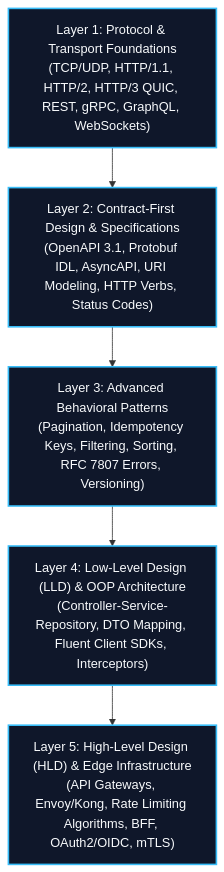
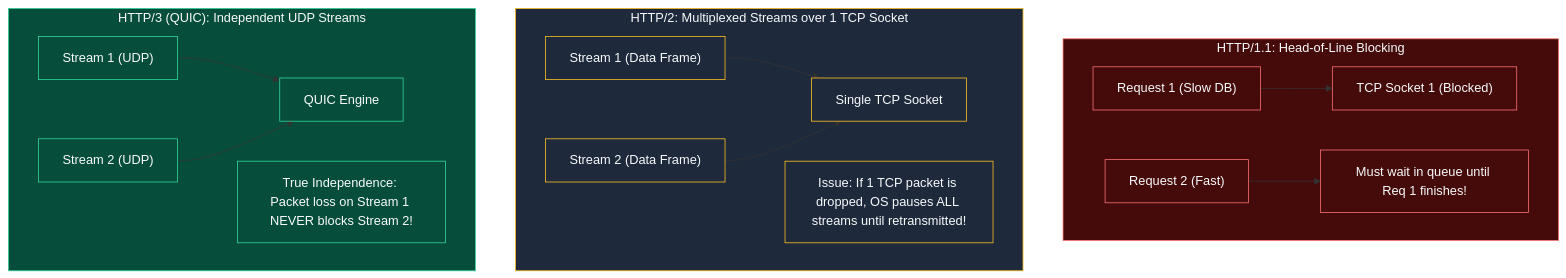
Diagram 14 of 29 in topics/0.FUNDAMENTALS/API Architecture and Design/output/Note_version-1_API_Architecture_and_Design/API_Architecture_and_Design.md (AkmKawser/System-Design), drawn with Mermaid before and after one commit. The commit also changed other lines of this file and 1 other file, not shown here.

Commit message:
docs(api): reorganize API architecture master guide and update chat governance log

````diff
--- a/topics/0.FUNDAMENTALS/API Architecture and Design/output/Note_version-1_API_Architecture_and_Design/API_Architecture_and_Design.md
+++ b/topics/0.FUNDAMENTALS/API Architecture and Design/output/Note_version-1_API_Architecture_and_Design/API_Architecture_and_Design.md
@@ -404,13 +776,30 @@
 ```mermaid
 flowchart TD
-    L1["Layer 1: Protocol & Transport Foundations\n(TCP/UDP, HTTP/1.1, HTTP/2, HTTP/3 QUIC, REST, gRPC, GraphQL, WebSockets)"]
-    L2["Layer 2: Contract-First Design & Specifications\n(OpenAPI 3.1, Protobuf IDL, AsyncAPI, URI Modeling, HTTP Verbs, Status Codes)"]
-    L3["Layer 3: Advanced Behavioral Patterns\n(Pagination, Idempotency Keys, Filtering, Sorting, RFC 7807 Errors, Versioning)"]
-    L4["Layer 4: Low-Level Design (LLD) & OOP Architecture\n(Controller-Service-Repository, DTO Mapping, Fluent Client SDKs, Interceptors)"]
-    L5["Layer 5: High-Level Design (HLD) & Edge Infrastructure\n(API Gateways, Envoy/Kong, Rate Limiting Algorithms, BFF, OAuth2/OIDC, mTLS)"]
+    subgraph H1["HTTP/1.1: Head-of-Line Blocking"]
+        direction LR
+        Req1["Request 1 (Slow DB)"] --> Socket1["TCP Socket 1 (Blocked)"]
+        Req2["Request 2 (Fast)"] --> Stalled["Must wait in queue until Req 1 finishes!"]
+    end
 
-    L1 --> L2 --> L3 --> L4 --> L5
+    subgraph H2["HTTP/2: Multiplexed Streams over 1 TCP Socket"]
+        direction LR
+        S1["Stream 1 (Data Frame)"] --> TCPSocket["Single TCP Socket"]
+        S2["Stream 2 (Data Frame)"] --> TCPSocket
+        NoteH2["Issue: If 1 TCP packet is dropped, OS pauses ALL streams until retransmitted!"]
+    end
 
-    classDef stage fill:#0f172a,stroke:#38bdf8,stroke-width:2px,color:#f8fafc;
-    class L1,L2,L3,L4,L5 stage;
+    subgraph H3["HTTP/3 (QUIC): Independent UDP Streams"]
+        direction LR
+        Q1["Stream 1 (UDP)"] --> QUICLayer["QUIC Engine"]
+        Q2["Stream 2 (UDP)"] --> QUICLayer
+        NoteH3["True Independence: Packet loss on Stream 1 NEVER blocks Stream 2!"]
+    end
+
+    classDef h1 fill:#450a0a,stroke:#f87171,stroke-width:1px,color:#f8fafc;
+    classDef h2 fill:#1e293b,stroke:#fbbf24,stroke-width:1px,color:#f8fafc;
+    classDef h3 fill:#064e3b,stroke:#34d399,stroke-width:1px,color:#f8fafc;
+
+    class H1,Req1,Socket1,Req2,Stalled h1;
+    class H2,S1,S2,TCPSocket,NoteH2 h2;
+    class H3,Q1,Q2,QUICLayer,NoteH3 h3;
 ```
````
